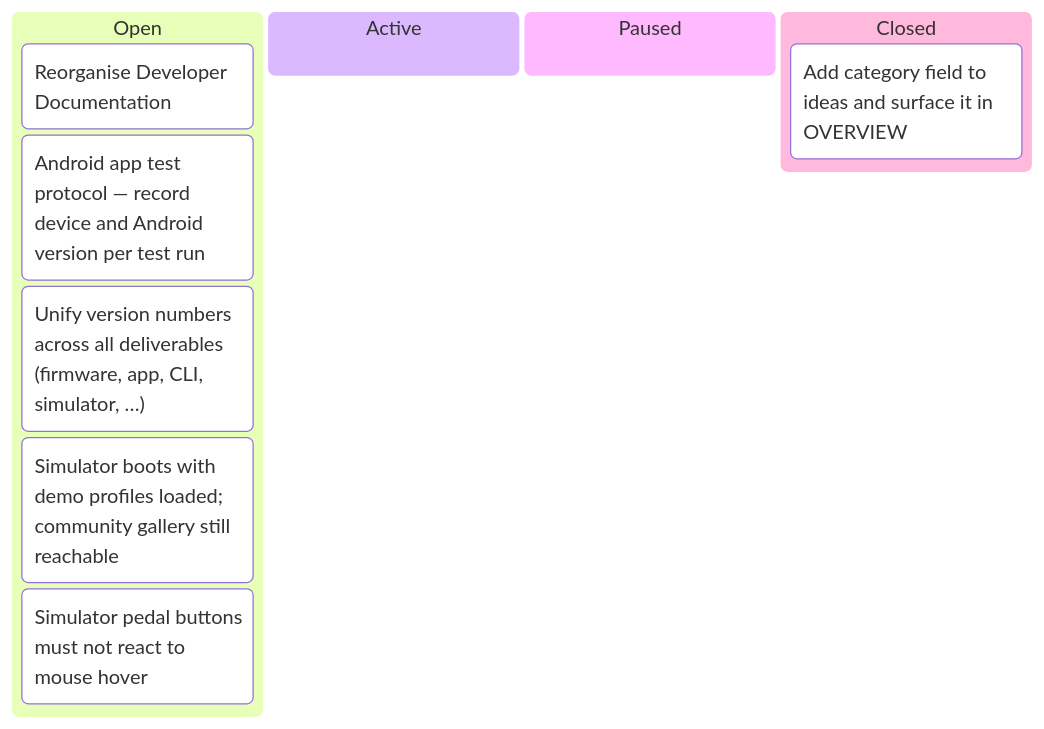
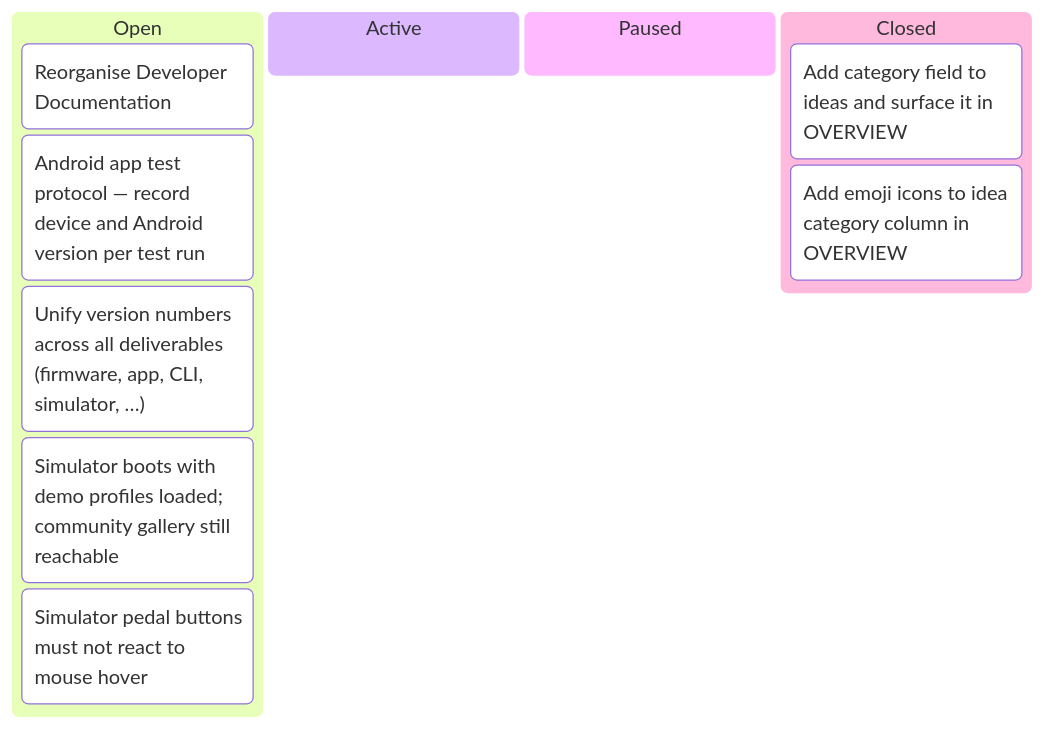
Before and after one commit to tgd1975/AwesomeStudioPedal: the sixth of 6 diagrams in docs/developers/tasks/KANBAN.md, drawn with Mermaid. The commit also changed other lines of this file and 8 other files, not shown here.

Commit message:
close TASK-313: Add emoji icons to idea category column in OVERVIEW

````diff
--- a/docs/developers/tasks/KANBAN.md
+++ b/docs/developers/tasks/KANBAN.md
@@ -92,13 +92,14 @@
 ```mermaid
 kanban
   Open
     TASK_148["Reorganise Developer Documentation"]
     TASK_259["Android app test protocol — record device and Android version per test run"]
     TASK_260["Unify version numbers across all deliverables (firmware, app, CLI, simulator, …)"]
     TASK_303["Simulator boots with demo profiles loaded; community gallery still reachable"]
     TASK_304["Simulator pedal buttons must not react to mouse hover"]
   Active
   Paused
   Closed
     TASK_305["Add category field to ideas and surface it in OVERVIEW"]
+    TASK_313["Add emoji icons to idea category column in OVERVIEW"]
 ```
````
